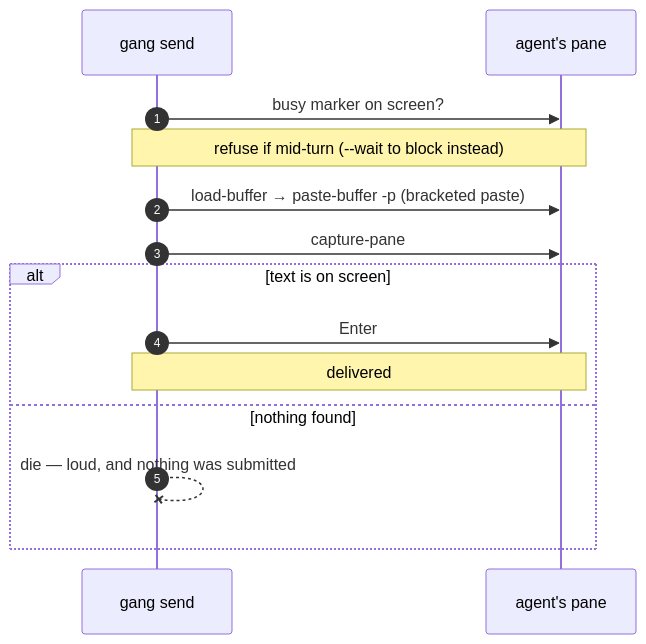
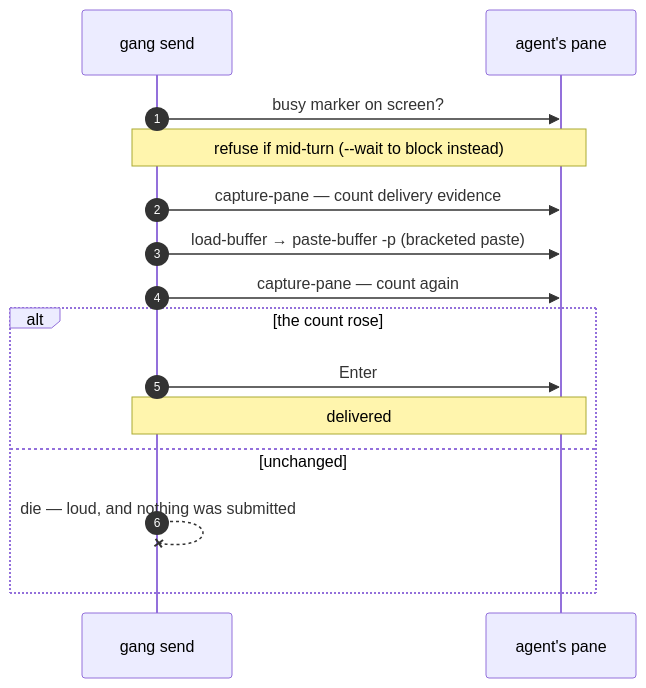
The second of 3 diagrams in README.md (adambiggs/gangline), drawn with Mermaid before and after one commit. The commit also changed other lines of this file and 1 other file, not shown here.

````diff
--- a/README.md
+++ b/README.md
@@ -100,16 +103,17 @@
 ```mermaid
 sequenceDiagram
     autonumber
     participant G as gang send
     participant P as agent's pane
     G->>P: busy marker on screen?
     Note over G,P: refuse if mid-turn (--wait to block instead)
+    G->>P: capture-pane — count delivery evidence
     G->>P: load-buffer → paste-buffer -p (bracketed paste)
-    G->>P: capture-pane
-    alt text is on screen
+    G->>P: capture-pane — count again
+    alt the count rose
         G->>P: Enter
         Note over G,P: delivered
-    else nothing found
+    else unchanged
         G--xG: die — loud, and nothing was submitted
     end
 ```
````
